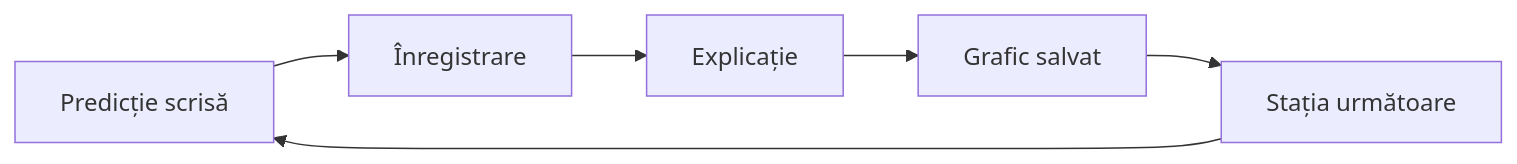
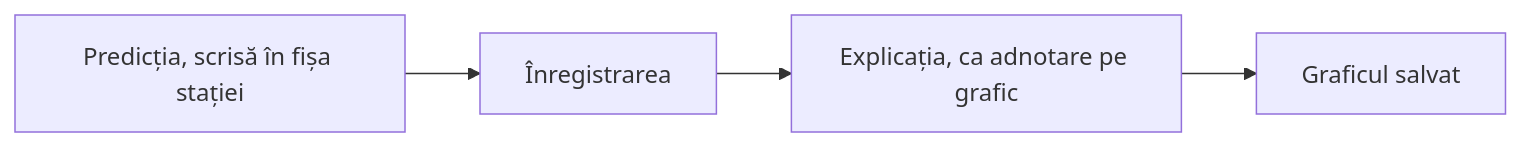
One commit to nudoarmetudor/ghid-labdisc changed the diagram in sursa/content/formare/2-experimente-in-statii.md. Above: the diagram before and after it, drawn with Mermaid. The commit also changed other lines of this file and 10 other files, not shown here.

````diff
--- a/sursa/content/formare/2-experimente-in-statii.md
+++ b/sursa/content/formare/2-experimente-in-statii.md
@@ -53,8 +28,6 @@
 ```mermaid
 flowchart LR
-  P["Predicție scrisă"] --> I["Înregistrare"]
-  I --> E["Explicație"]
-  E --> S["Grafic salvat"]
-  S --> R["Stația următoare"]
-  R --> P
+  P["Predicția, scrisă în fișa stației"] --> I["Înregistrarea"]
+  I --> E["Explicația, ca adnotare pe grafic"]
+  E --> S["Graficul salvat"]
 ```
````
